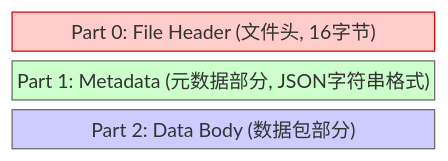
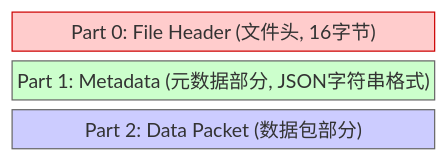
The first of 4 diagrams in data-format/qREST_Data.md (FeiyueDong/qREST_Data), drawn with Mermaid before and after one commit. The commit also changed other lines of this file and 36 other files, not shown here.

````diff
--- a/data-format/qREST_Data.md
+++ b/data-format/qREST_Data.md
@@ -18,12 +18,12 @@
 ```mermaid
 block-beta
     columns 1
 
     FH["Part 0: File Header (文件头, 16字节)"]
     P1["Part 1: Metadata (元数据部分, JSON字符串格式)"]
-    P2["Part 2: Data Body (数据包部分)"]
+    P2["Part 2: Data Packet (数据包部分)"]
 
     style FH fill:#ffcccc,stroke:#cc0000,color:#000
     style P1 fill:#ccffcc,stroke:#666
     style P2 fill:#ccccff,stroke:#666
 ```
````
